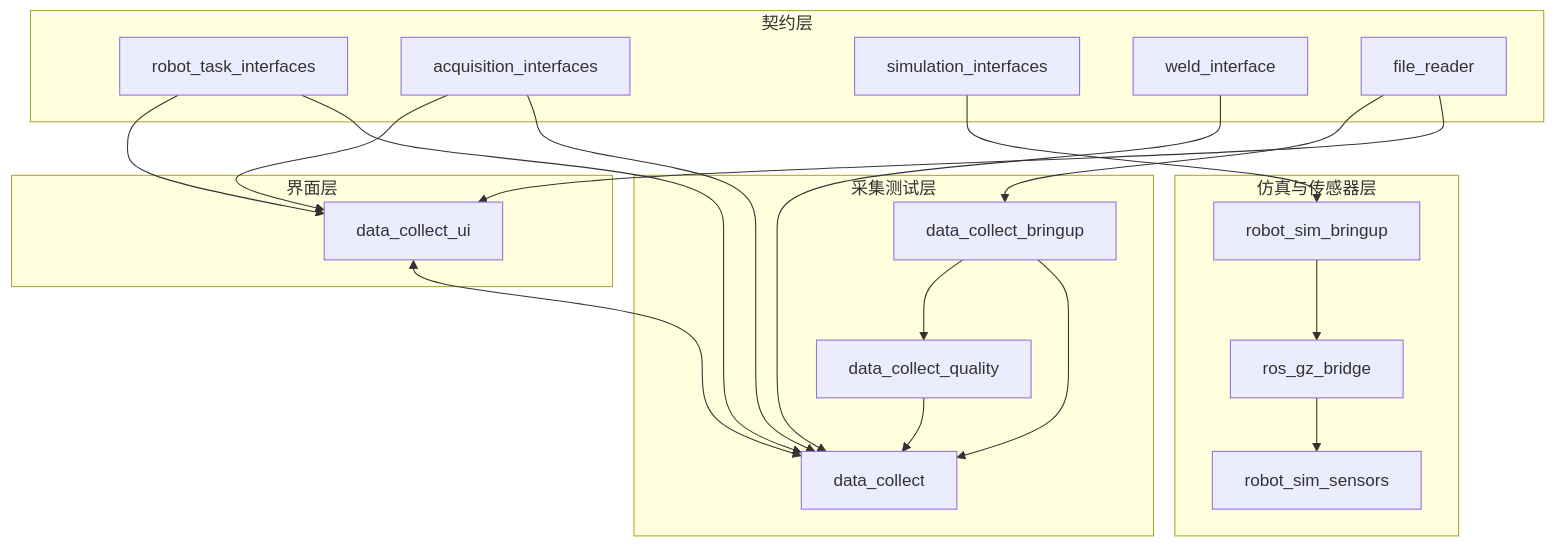
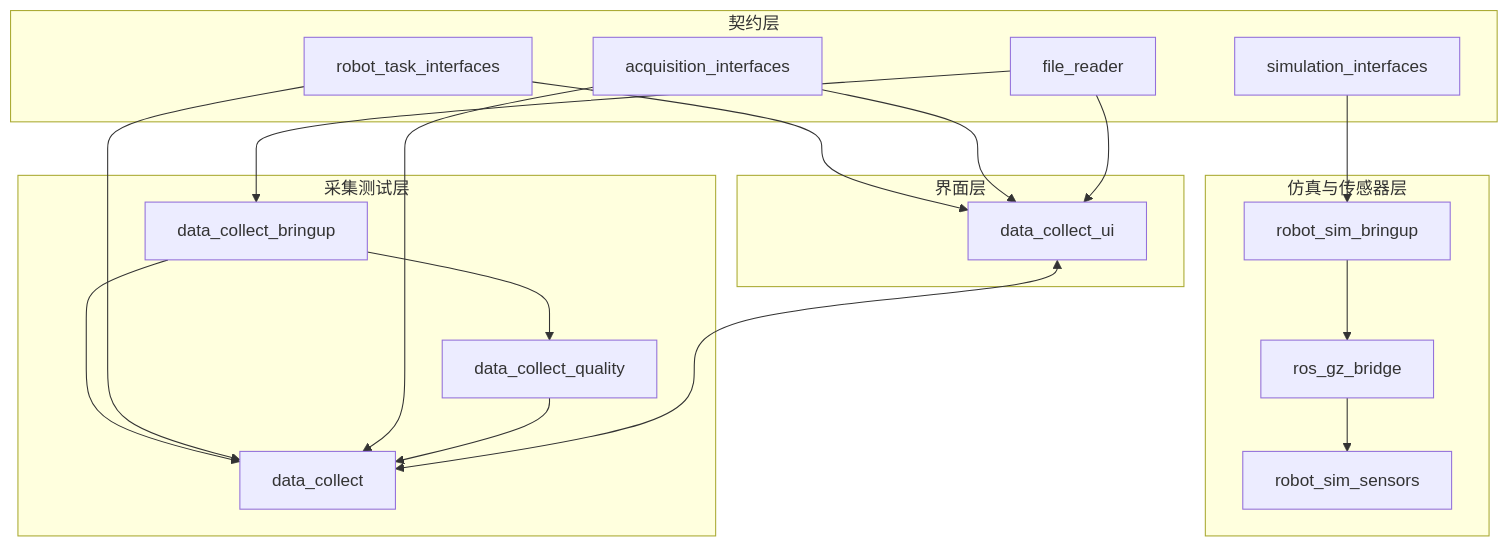
The diagram in docs/architecture/README.md (MzKyle/Robot-Sim), drawn with Mermaid before and after one commit. The commit also changed other lines of this file and 78 other files, not shown here.

Commit message:
chore: remove legacy data_collect and weld_interface packages; update docs to reference Offline_data_tool

````diff
--- a/docs/architecture/README.md
+++ b/docs/architecture/README.md
@@ -9,41 +9,39 @@
 ```mermaid
 flowchart TB
     subgraph Layer1[仿真与传感器层]
         SIM[robot_sim_bringup]
         BRIDGE[ros_gz_bridge]
         RECV[robot_sim_sensors]
     end
 
     subgraph Layer2[采集测试层]
         COLLECT[data_collect]
         BRINGUP[data_collect_bringup]
         QUALITY[data_collect_quality]
     end
 
     subgraph Layer3[界面层]
         UI[data_collect_ui]
     end
 
     subgraph Layer4[契约层]
         TASK[robot_task_interfaces]
         ACQ[acquisition_interfaces]
         SIMIF[simulation_interfaces]
-        WELD[weld_interface]
         FILE[file_reader]
     end
 
     SIM --> BRIDGE
     BRIDGE --> RECV
     BRINGUP --> QUALITY
     BRINGUP --> COLLECT
     TASK --> UI
     TASK --> COLLECT
     ACQ --> UI
     ACQ --> COLLECT
     SIMIF --> SIM
-    WELD --> COLLECT
     FILE --> BRINGUP
     FILE --> UI
     QUALITY --> COLLECT
     UI <--> COLLECT
 ```
````
